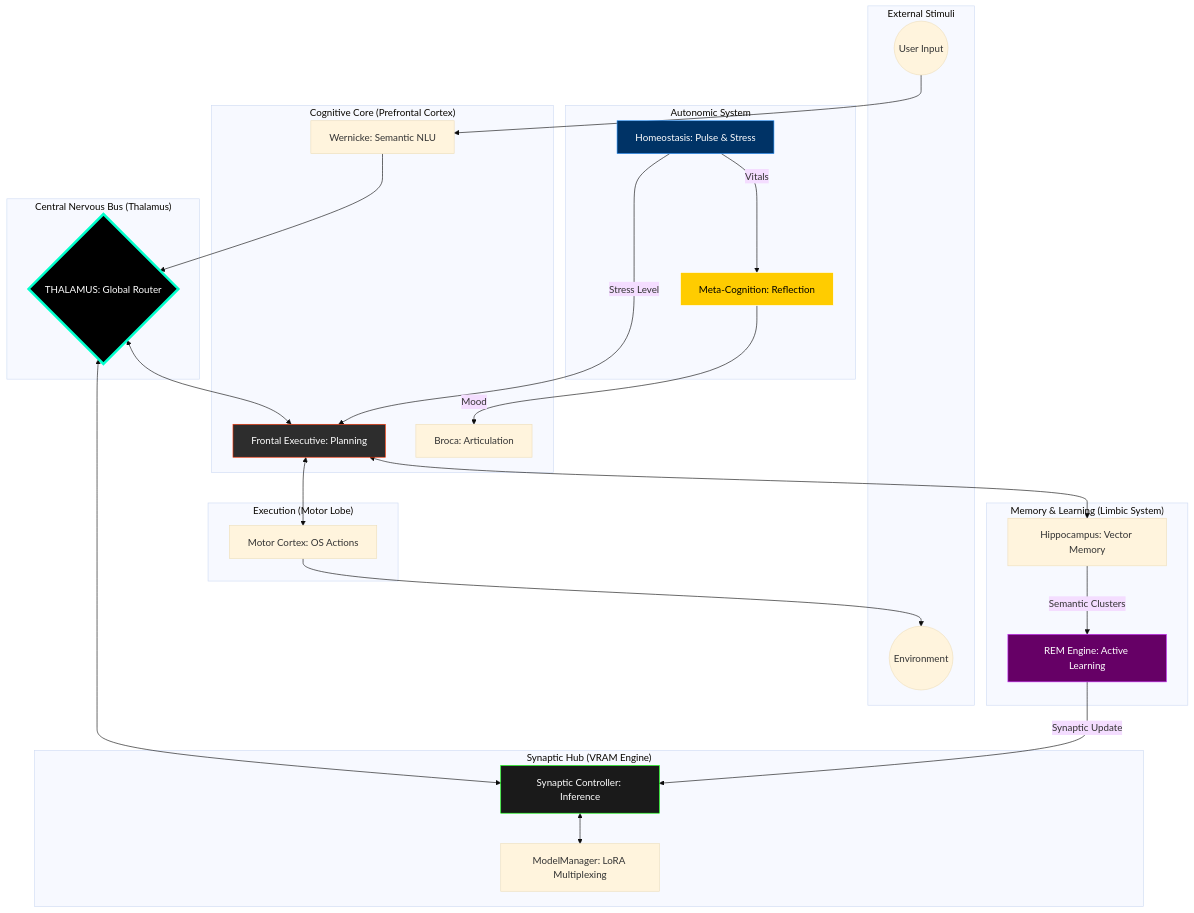
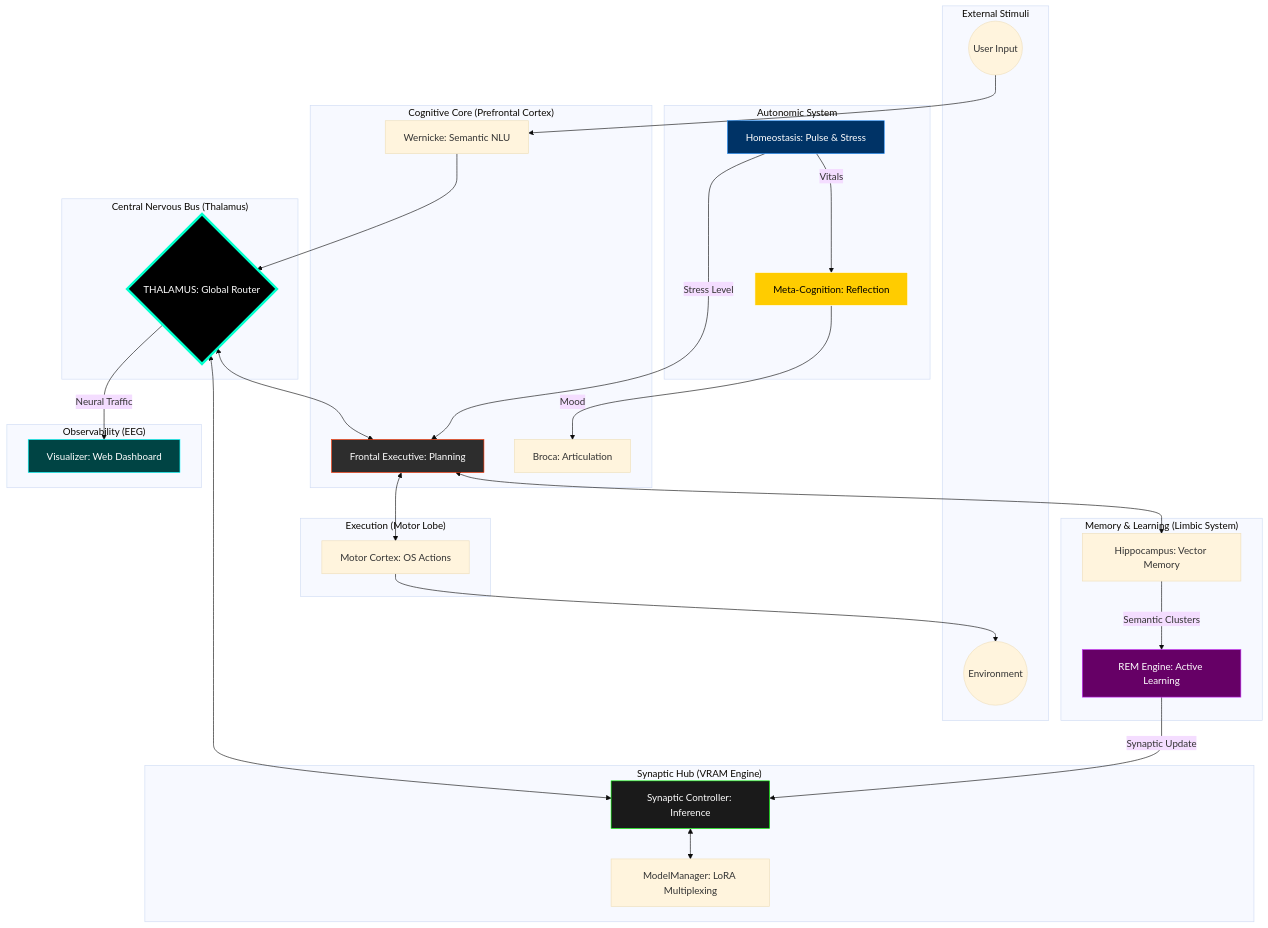
The diagram in README.md (jpmlima/NeuroSwarm), drawn with Mermaid (base theme) before and after one commit. The commit also changed other lines of this file and 5 other files, not shown here.

Commit message:
feat: v1.7.0 - Real-time EEG Visualizer Dashboard

````diff
--- a/README.md
+++ b/README.md
@@ -35,59 +17,65 @@
 ```mermaid
 graph TD
     subgraph "External Stimuli"
         User((User Input))
         Env((Environment))
     end
 
     subgraph "Central Nervous Bus (Thalamus)"
         TH{THALAMUS: Global Router}
     end
 
     subgraph "Cognitive Core (Prefrontal Cortex)"
         FE[Frontal Executive: Planning]
         WN[Wernicke: Semantic NLU]
         BR[Broca: Articulation]
+    end
+
+    subgraph "Observability (EEG)"
+        VZ[Visualizer: Web Dashboard]
     end
 
     subgraph "Synaptic Hub (VRAM Engine)"
         SC[Synaptic Controller: Inference]
         MM[ModelManager: LoRA Multiplexing]
     end
 
     subgraph "Memory & Learning (Limbic System)"
         HP[Hippocampus: Vector Memory]
         REM[REM Engine: Active Learning]
     end
 
     subgraph "Autonomic System"
         HM[Homeostasis: Pulse & Stress]
         MC[Meta-Cognition: Reflection]
     end
 
     subgraph "Execution (Motor Lobe)"
         MT[Motor Cortex: OS Actions]
     end
 
     %% Flow
     User --> WN
     WN --> TH
     TH <--> FE
     FE <--> MT
     TH <--> SC
     SC <--> MM
     FE <--> HP
     HP -- Semantic Clusters --> REM
     REM -- Synaptic Update --> SC
     HM -- Stress Level --> FE
     HM -- Vitals --> MC
     MC -- Mood --> BR
+    TH -- Neural Traffic --> VZ
     MT --> Env
 
     %% Styling
     style TH fill:#000,stroke:#00ffcc,stroke-width:4px,color:#fff
     style FE fill:#2d2d2d,stroke:#ff3300,color:#fff
     style HM fill:#003366,stroke:#3399ff,color:#fff
     style MC fill:#ffcc00,stroke:#fff,color:#000
     style REM fill:#660066,stroke:#cc33ff,color:#fff
     style SC fill:#1a1a1a,stroke:#00ff00,color:#fff
+    style VZ fill:#004444,stroke:#00ffff,color:#fff
 ```
````
